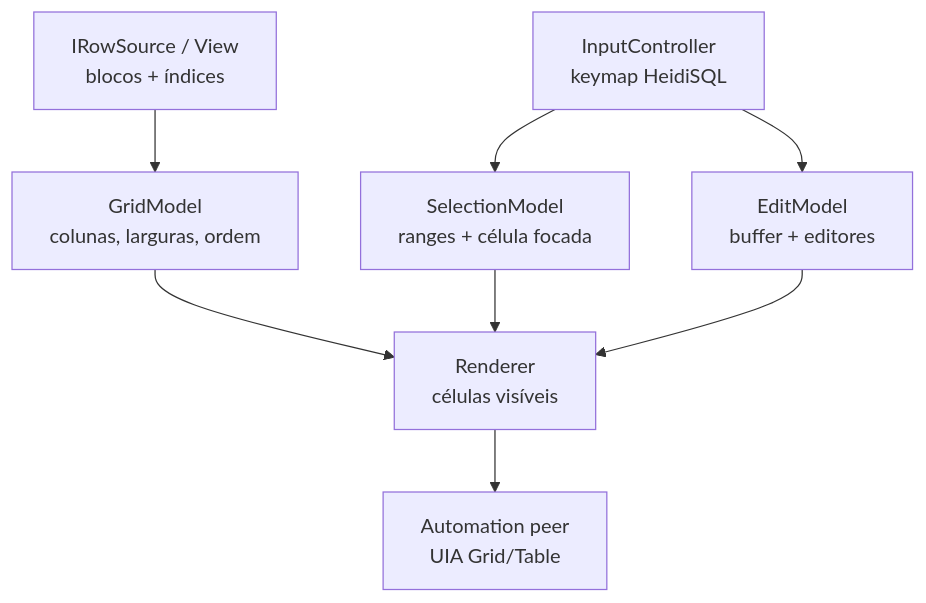
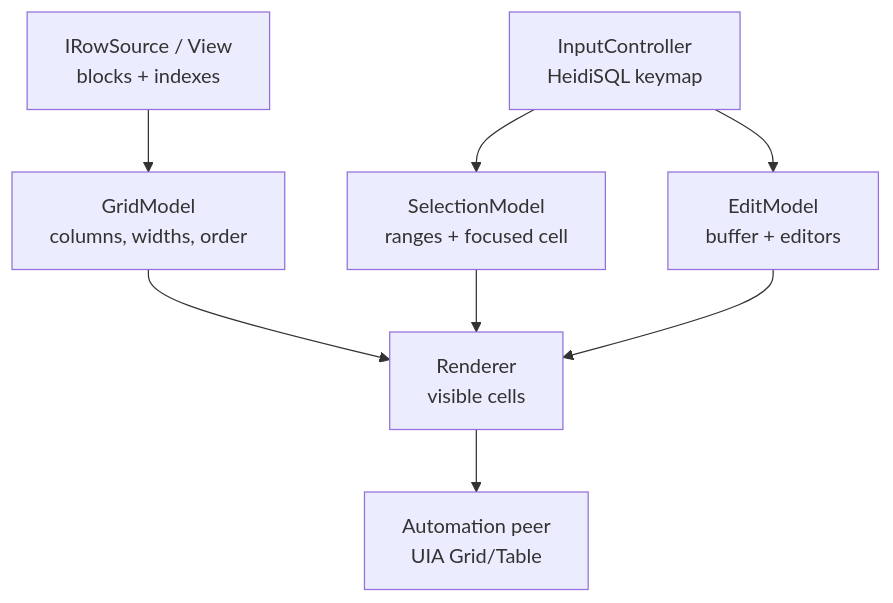
The fifth of 7 diagrams in docs/spec/specification.md (JoaoMarcos03/Eunomia), drawn with Mermaid before and after one commit. The commit also changed other lines of this file and 50 other files, not shown here.

````diff
--- a/docs/spec/specification.md
+++ b/docs/spec/specification.md
@@ -1265,10 +1265,10 @@
 ```mermaid
 flowchart TD
-  DS[IRowSource / View<br/>blocos + índices] --> GM[GridModel<br/>colunas, larguras, ordem]
-  GM --> R[Renderer<br/>células visíveis]
-  SM[SelectionModel<br/>ranges + célula focada] --> R
-  EM[EditModel<br/>buffer + editores] --> R
-  IC[InputController<br/>keymap HeidiSQL] --> SM
+  DS[IRowSource / View<br/>blocks + indexes] --> GM[GridModel<br/>columns, widths, order]
+  GM --> R[Renderer<br/>visible cells]
+  SM[SelectionModel<br/>ranges + focused cell] --> R
+  EM[EditModel<br/>buffer + editors] --> R
+  IC[InputController<br/>HeidiSQL keymap] --> SM
   IC --> EM
   R --> A[Automation peer<br/>UIA Grid/Table]
 ```
````
